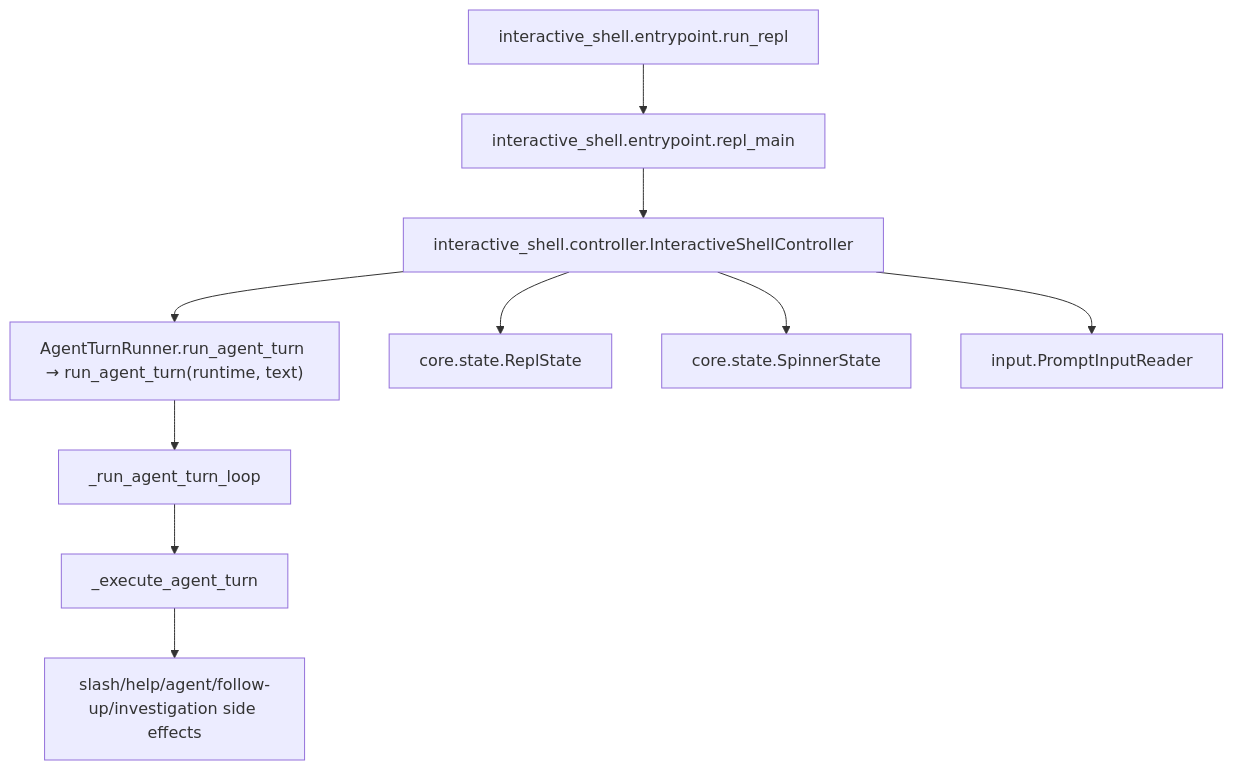
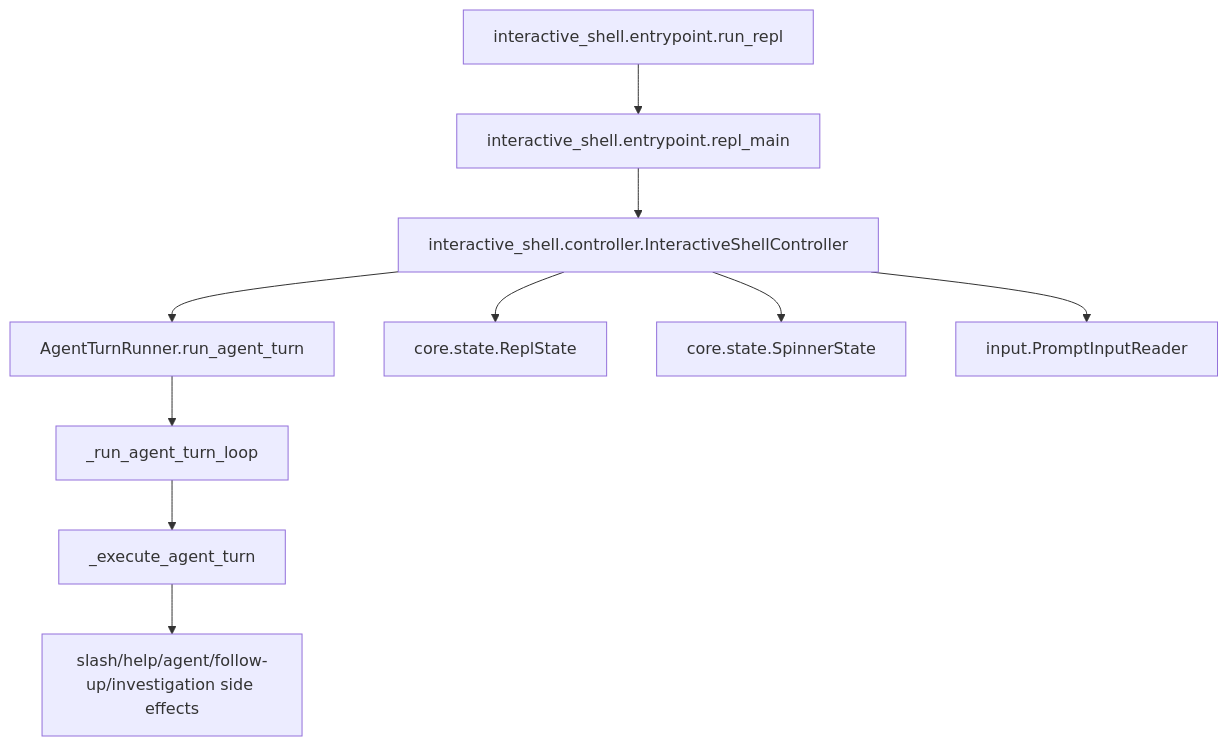
The diagram in interactive_shell/runtime/AGENTS.md (SawhneySatvik/opensre), drawn with Mermaid before and after one commit. The commit also changed other lines of this file and 90 other files, not shown here.

````diff
--- a/interactive_shell/runtime/AGENTS.md
+++ b/interactive_shell/runtime/AGENTS.md
@@ -88,12 +94,12 @@
 ```mermaid
 flowchart TD
   runRepl["interactive_shell.entrypoint.run_repl"] --> replMain["interactive_shell.entrypoint.repl_main"]
   replMain --> controller["interactive_shell.controller.InteractiveShellController"]
-  controller --> shellTurn["AgentTurnRunner.run_agent_turn → run_agent_turn(runtime, text)"]
+  controller --> shellTurn["AgentTurnRunner.run_agent_turn"]
   shellTurn --> executeTurn["_run_agent_turn_loop"]
   executeTurn --> dispatchTurn["_execute_agent_turn"]
   dispatchTurn --> sideEffects["slash/help/agent/follow-up/investigation side effects"]
   controller --> replState["core.state.ReplState"]
   controller --> spinnerState["core.state.SpinnerState"]
   controller --> inputReader["input.PromptInputReader"]
 ```
````
